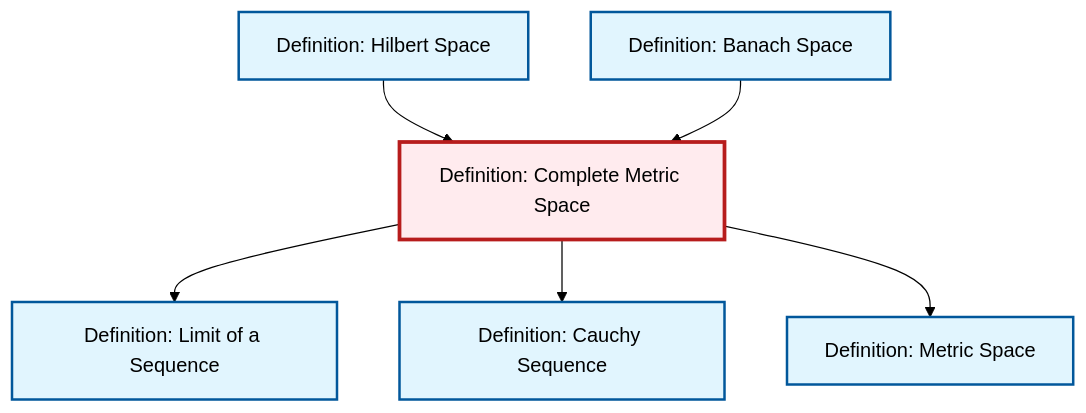
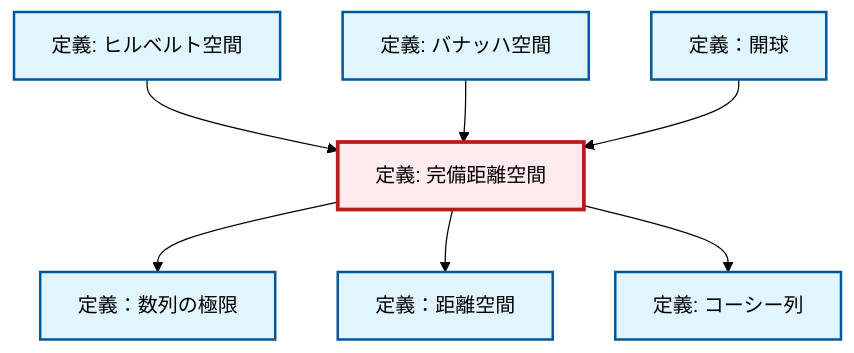
The diagram in content/ja/analysis/def-complete-metric-space.qmd (RK0429/ModernMath), drawn with Mermaid (forest theme) before and after one commit. The commit also changed 1069 other files, not shown here.

````diff
--- a/content/ja/analysis/def-complete-metric-space.qmd
+++ b/content/ja/analysis/def-complete-metric-space.qmd
@@ -54,26 +54,29 @@
 ```{mermaid}
 %%| fig-cap: "Local dependency graph"
 graph TD
     classDef definition fill:#e1f5fe,stroke:#01579b,stroke-width:2px
     classDef theorem fill:#f3e5f5,stroke:#4a148c,stroke-width:2px
     classDef axiom fill:#fff3e0,stroke:#e65100,stroke-width:2px
     classDef example fill:#e8f5e9,stroke:#1b5e20,stroke-width:2px
     classDef current fill:#ffebee,stroke:#b71c1c,stroke-width:3px
-    def-hilbert-space["Definition: Hilbert Space"]:::definition
-    def-metric-space["Definition: Metric Space"]:::definition
-    def-cauchy-sequence["Definition: Cauchy Sequence"]:::definition
-    def-complete-metric-space["Definition: Complete Metric Space"]:::definition
-    def-limit["Definition: Limit of a Sequence"]:::definition
-    def-banach-space["Definition: Banach Space"]:::definition
+    def-banach-space["定義: バナッハ空間"]:::definition
+    def-limit["定義：数列の極限"]:::definition
+    def-cauchy-sequence["定義: コーシー列"]:::definition
+    def-complete-metric-space["定義: 完備距離空間"]:::definition
+    def-metric-space["定義：距離空間"]:::definition
+    def-hilbert-space["定義: ヒルベルト空間"]:::definition
+    def-open-ball["定義：開球"]:::definition
     def-complete-metric-space --> def-limit
+    def-complete-metric-space --> def-metric-space
     def-hilbert-space --> def-complete-metric-space
     def-complete-metric-space --> def-cauchy-sequence
-    def-complete-metric-space --> def-metric-space
     def-banach-space --> def-complete-metric-space
+    def-open-ball --> def-complete-metric-space
     class def-complete-metric-space current
-    click def-hilbert-space "def-hilbert-space.html" "Definition: Hilbert Spaceへ"
-    click def-metric-space "def-metric-space.html" "Definition: Metric Spaceへ"
-    click def-cauchy-sequence "def-cauchy-sequence.html" "Definition: Cauchy Sequenceへ"
-    click def-limit "def-limit.html" "Definition: Limit of a Sequenceへ"
-    click def-banach-space "def-banach-space.html" "Definition: Banach Spaceへ"
+    click def-banach-space "def-banach-space.html" "バナッハ空間の定義へ"
+    click def-limit "def-limit.html" "定義：数列の極限へ"
+    click def-cauchy-sequence "def-cauchy-sequence.html" "コーシー列の定義へ"
+    click def-metric-space "def-metric-space.html" "定義：距離空間へ"
+    click def-hilbert-space "def-hilbert-space.html" "ヒルベルト空間の定義へ"
+    click def-open-ball "def-open-ball.html" "定義：開球へ"
 ```
````
